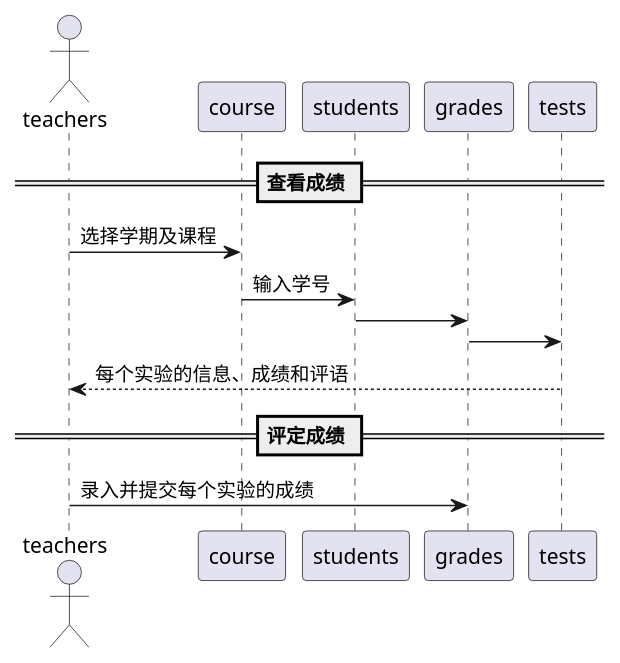
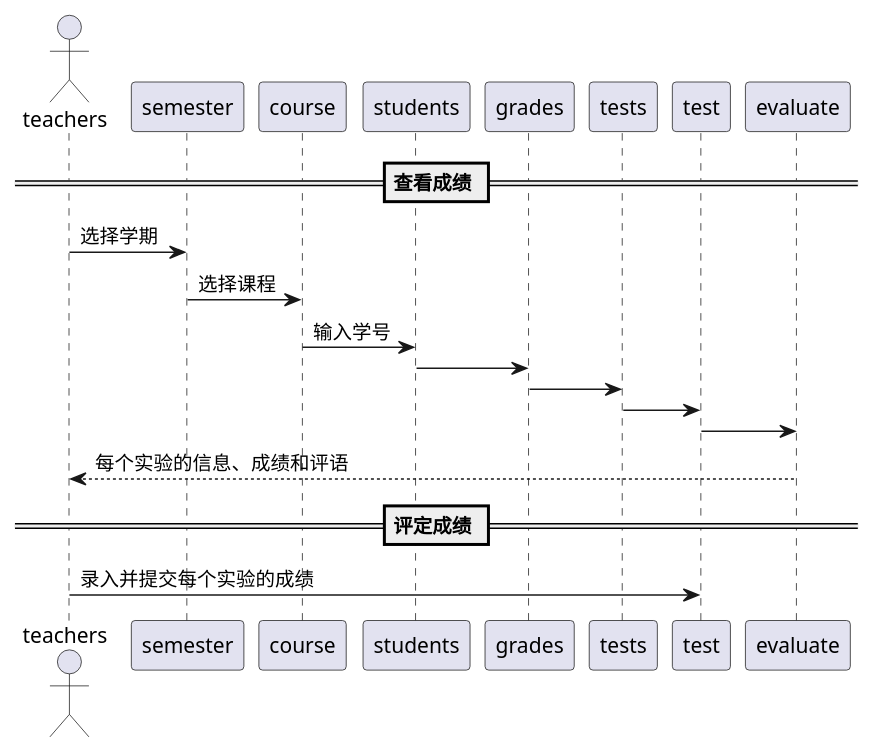
The diagram in test6/src/顺序图_评定成绩.puml (Neddy1995/is_analysis), drawn with PlantUML before and after one commit. The commit also changed 30 other files, not shown here.

```diff
--- a/test6/src/顺序图_评定成绩.puml
+++ b/test6/src/顺序图_评定成绩.puml
@@ -1,11 +1,14 @@
 @startuml
 actor teachers
 == 查看成绩 ==
-teachers -> course : 选择学期及课程
+teachers -> semester : 选择学期
+semester -> course :选择课程
 course -> students : 输入学号
 students -> grades
 grades -> tests
-tests --> teachers:每个实验的信息、成绩和评语
+tests -> test
+test -> evaluate
+evaluate --> teachers:每个实验的信息、成绩和评语
 == 评定成绩 ==
-teachers -> grades : 录入并提交每个实验的成绩
+teachers -> test : 录入并提交每个实验的成绩
 @enduml
```
